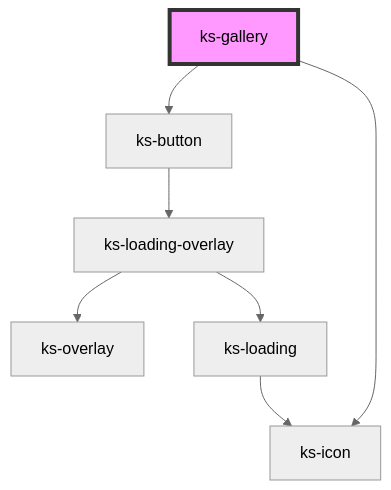
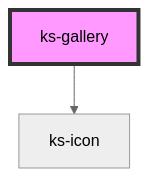
Before and after one commit to kickstand-ui/kickstand-ui: the diagram in src/scripts/components/gallery/readme.md, drawn with Mermaid (neutral theme). The commit also changed other lines of this file and 4 other files, not shown here.

````diff
--- a/src/scripts/components/gallery/readme.md
+++ b/src/scripts/components/gallery/readme.md
@@ -31,10 +29,5 @@
 ```mermaid
 graph TD;
-  ks-gallery --> ks-button
   ks-gallery --> ks-icon
-  ks-button --> ks-loading-overlay
-  ks-loading-overlay --> ks-overlay
-  ks-loading-overlay --> ks-loading
-  ks-loading --> ks-icon
   style ks-gallery fill:#f9f,stroke:#333,stroke-width:4px
 ```
````
